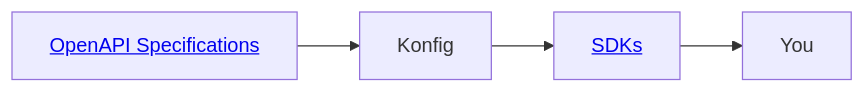
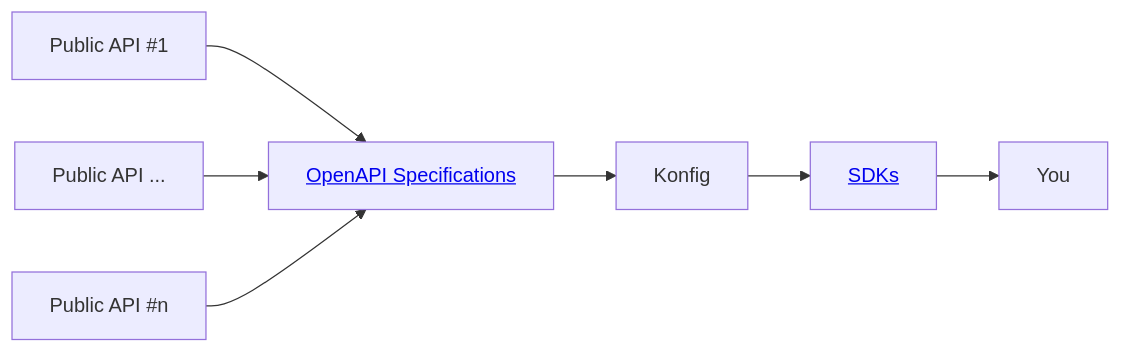
The diagram in generator/konfig-docs/src/pages/sdk/index.mdx (taneron/konfig), drawn with Mermaid before and after one commit.

Commit message:
better diagram

````diff
--- a/generator/konfig-docs/src/pages/sdk/index.mdx
+++ b/generator/konfig-docs/src/pages/sdk/index.mdx
@@ -32,6 +32,9 @@
 ```mermaid
 graph LR
+    PA[Public API #1] --> A
+    PAX[Public API ...] --> A
+    PAN[Public API #n] --> A
     A[<a target='_blank' href='https://github.com/konfig-sdks/openapi-examples'>OpenAPI Specifications</a>] --> Konfig
     Konfig --> SDKs
     SDKs[<a target='_blank' href='/sdk/category/all'>SDKs</a>] --> You
 ```
````
